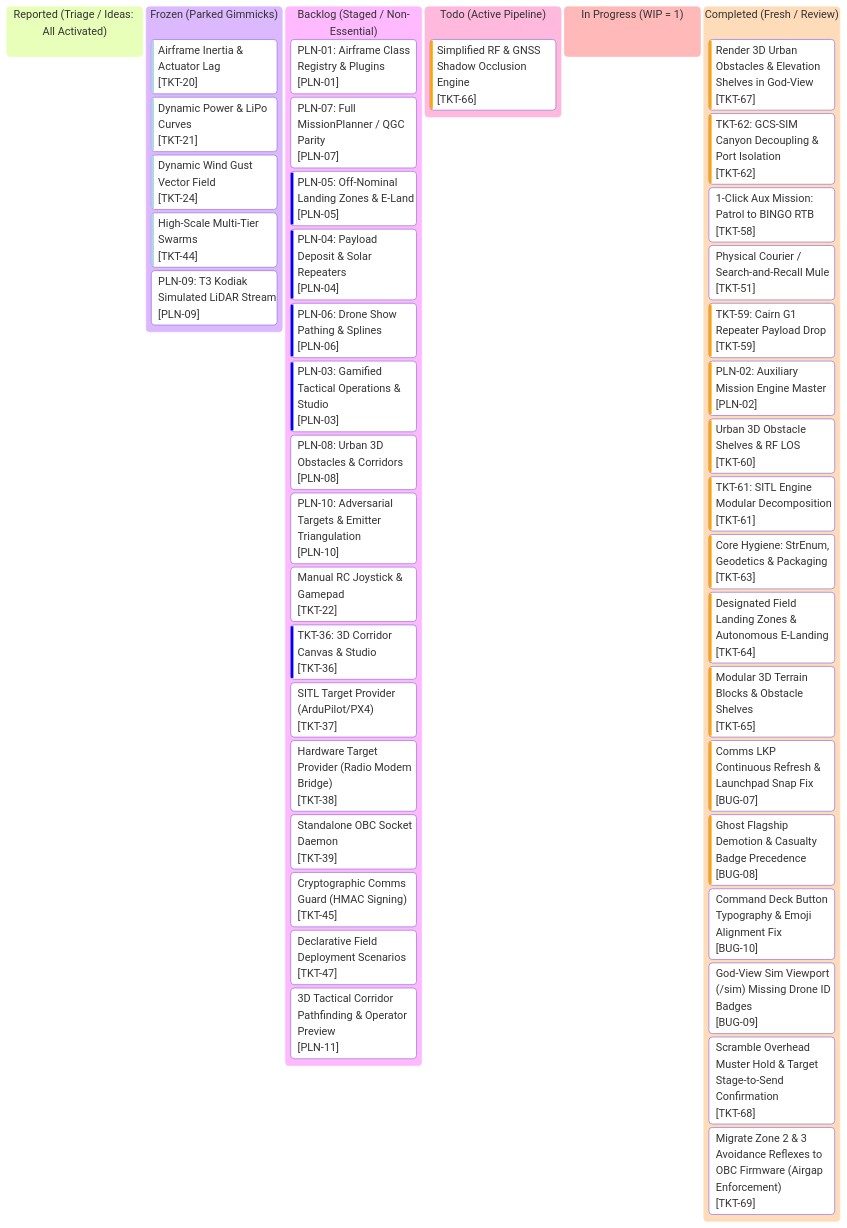
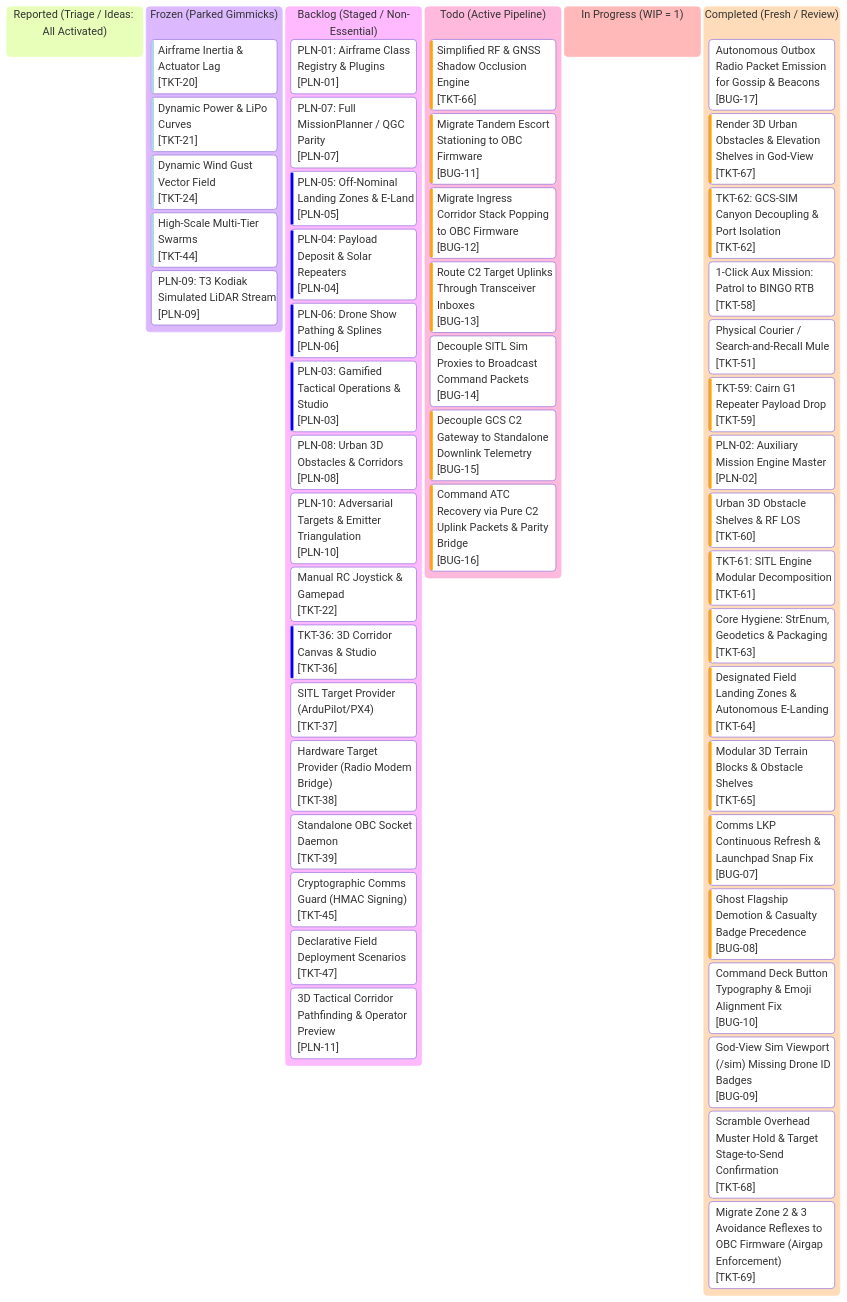
The diagram in roadmap/kanban.md (AlitheiaDeus/AlitheiaHive), drawn with Mermaid before and after one commit. The commit also changed other lines of this file and 11 other files, not shown here.

Commit message:
fix(obc): autonomous outbox radio packet emission for gossip and beacons (BUG-17 / Red 8)

````diff
--- a/roadmap/kanban.md
+++ b/roadmap/kanban.md
@@ -10,68 +10,75 @@
 ```mermaid
 %%{init: {
   'theme': 'base',
   'themeVariables': {
     'primaryColor': '#0d2235',
     'primaryTextColor': '#d4f4ff',
     'primaryBorderColor': '#00f0ff',
     'lineColor': '#00f0ff',
     'background': '#061019',
     'mainBkg': '#0a1926',
     'secondaryColor': '#081420',
     'secondaryTextColor': '#5a7e96',
     'secondaryBorderColor': '#134e6f',
     'tertiaryColor': '#0e263d',
     'tertiaryTextColor': '#00ffaa',
     'tertiaryBorderColor': '#00ffaa',
     'clusterBkg': '#081420',
     'clusterBorder': '#134e6f',
     'fontFamily': "'JetBrains Mono', 'Courier New', monospace"
   }
 }}%%
 kanban
   reported["Reported (Triage / Ideas: All Activated)"]
   frozen["Frozen (Parked Gimmicks)"]
     tkt20["Airframe Inertia & Actuator Lag"]@{ ticket: '[TKT-20]', priority: 'Very Low' }
     tkt21["Dynamic Power & LiPo Curves"]@{ ticket: '[TKT-21]', priority: 'Very Low' }
     tkt24["Dynamic Wind Gust Vector Field"]@{ ticket: '[TKT-24]', priority: 'Very Low' }
     tkt44["High-Scale Multi-Tier Swarms"]@{ ticket: '[TKT-44]', priority: 'Very Low' }
     pln09["PLN-09: T3 Kodiak Simulated LiDAR Stream"]@{ ticket: '[PLN-09]', priority: 'Medium' }
   backlog["Backlog (Staged / Non-Essential)"]
     pln01["PLN-01: Airframe Class Registry & Plugins"]@{ ticket: '[PLN-01]', priority: 'Medium' }
     pln07["PLN-07: Full MissionPlanner / QGC Parity"]@{ ticket: '[PLN-07]', priority: 'Medium' }
     pln05["PLN-05: Off-Nominal Landing Zones & E-Land"]@{ ticket: '[PLN-05]', priority: 'Low' }
     pln04["PLN-04: Payload Deposit & Solar Repeaters"]@{ ticket: '[PLN-04]', priority: 'Low' }
     pln06["PLN-06: Drone Show Pathing & Splines"]@{ ticket: '[PLN-06]', priority: 'Low' }
     pln03["PLN-03: Gamified Tactical Operations & Studio"]@{ ticket: '[PLN-03]', priority: 'Low' }
     pln08["PLN-08: Urban 3D Obstacles & Corridors"]@{ ticket: '[PLN-08]', priority: 'Medium' }
     pln10["PLN-10: Adversarial Targets & Emitter Triangulation"]@{ ticket: '[PLN-10]', priority: 'Medium' }
     tkt22["Manual RC Joystick & Gamepad"]@{ ticket: '[TKT-22]', priority: 'Medium' }
     tkt36["TKT-36: 3D Corridor Canvas & Studio"]@{ ticket: '[TKT-36]', priority: 'Low' }
     tkt37["SITL Target Provider (ArduPilot/PX4)"]@{ ticket: '[TKT-37]', priority: 'Medium' }
     tkt38["Hardware Target Provider (Radio Modem Bridge)"]@{ ticket: '[TKT-38]', priority: 'Medium' }
     tkt39["Standalone OBC Socket Daemon"]@{ ticket: '[TKT-39]', priority: 'Medium' }
     tkt45["Cryptographic Comms Guard (HMAC Signing)"]@{ ticket: '[TKT-45]', priority: 'Medium' }
     tkt47["Declarative Field Deployment Scenarios"]@{ ticket: '[TKT-47]', priority: 'Medium' }
     pln11["3D Tactical Corridor Pathfinding & Operator Preview"]@{ ticket: '[PLN-11]', priority: 'Medium' }
   todo["Todo (Active Pipeline)"]
     tkt66["Simplified RF & GNSS Shadow Occlusion Engine"]@{ ticket: '[TKT-66]', priority: 'High' }
+    bug11["Migrate Tandem Escort Stationing to OBC Firmware"]@{ ticket: '[BUG-11]', priority: 'High' }
+    bug12["Migrate Ingress Corridor Stack Popping to OBC Firmware"]@{ ticket: '[BUG-12]', priority: 'High' }
+    bug13["Route C2 Target Uplinks Through Transceiver Inboxes"]@{ ticket: '[BUG-13]', priority: 'High' }
+    bug14["Decouple SITL Sim Proxies to Broadcast Command Packets"]@{ ticket: '[BUG-14]', priority: 'Normal' }
+    bug15["Decouple GCS C2 Gateway to Standalone Downlink Telemetry"]@{ ticket: '[BUG-15]', priority: 'High' }
+    bug16["Command ATC Recovery via Pure C2 Uplink Packets & Parity Bridge"]@{ ticket: '[BUG-16]', priority: 'High' }
   in_progress["In Progress (WIP = 1)"]
   completed["Completed (Fresh / Review)"]
+    bug17["Autonomous Outbox Radio Packet Emission for Gossip & Beacons"]@{ ticket: '[BUG-17]', priority: 'Normal' }
     tkt67["Render 3D Urban Obstacles & Elevation Shelves in God-View"]@{ ticket: '[TKT-67]', priority: 'High' }
     tkt62["TKT-62: GCS-SIM Canyon Decoupling & Port Isolation"]@{ ticket: '[TKT-62]', priority: 'High' }
     tkt58["1-Click Aux Mission: Patrol to BINGO RTB"]@{ ticket: '[TKT-58]', priority: 'Medium' }
     tkt51["Physical Courier / Search-and-Recall Mule"]@{ ticket: '[TKT-51]', priority: 'Medium' }
     tkt59["TKT-59: Cairn G1 Repeater Payload Drop"]@{ ticket: '[TKT-59]', priority: 'High' }
     pln02["PLN-02: Auxiliary Mission Engine Master"]@{ ticket: '[PLN-02]', priority: 'High' }
     tkt60["Urban 3D Obstacle Shelves & RF LOS"]@{ ticket: '[TKT-60]', priority: 'High' }
     tkt61["TKT-61: SITL Engine Modular Decomposition"]@{ ticket: '[TKT-61]', priority: 'High' }
     tkt63["Core Hygiene: StrEnum, Geodetics & Packaging"]@{ ticket: '[TKT-63]', priority: 'High' }
     tkt64["Designated Field Landing Zones & Autonomous E-Landing"]@{ ticket: '[TKT-64]', priority: 'High' }
     tkt65["Modular 3D Terrain Blocks & Obstacle Shelves"]@{ ticket: '[TKT-65]', priority: 'High' }
     bug07["Comms LKP Continuous Refresh & Launchpad Snap Fix"]@{ ticket: '[BUG-07]', priority: 'High' }
     bug08["Ghost Flagship Demotion & Casualty Badge Precedence"]@{ ticket: '[BUG-08]', priority: 'High' }
     bug10["Command Deck Button Typography & Emoji Alignment Fix"]@{ ticket: '[BUG-10]', priority: 'Normal' }
     bug09["God-View Sim Viewport (/sim) Missing Drone ID Badges"]@{ ticket: '[BUG-09]', priority: 'Normal' }
     tkt68["Scramble Overhead Muster Hold & Target Stage-to-Send Confirmation"]@{ ticket: '[TKT-68]', priority: 'Normal' }
     tkt69["Migrate Zone 2 & 3 Avoidance Reflexes to OBC Firmware (Airgap Enforcement)"]@{ ticket: '[TKT-69]', priority: 'Normal' }
 ```
````
